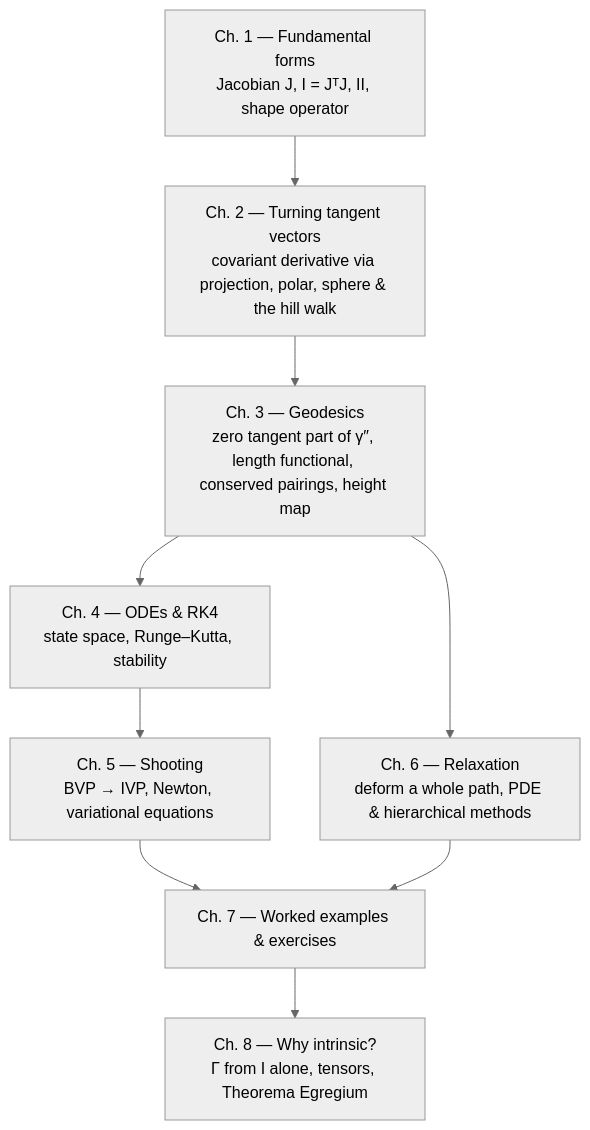
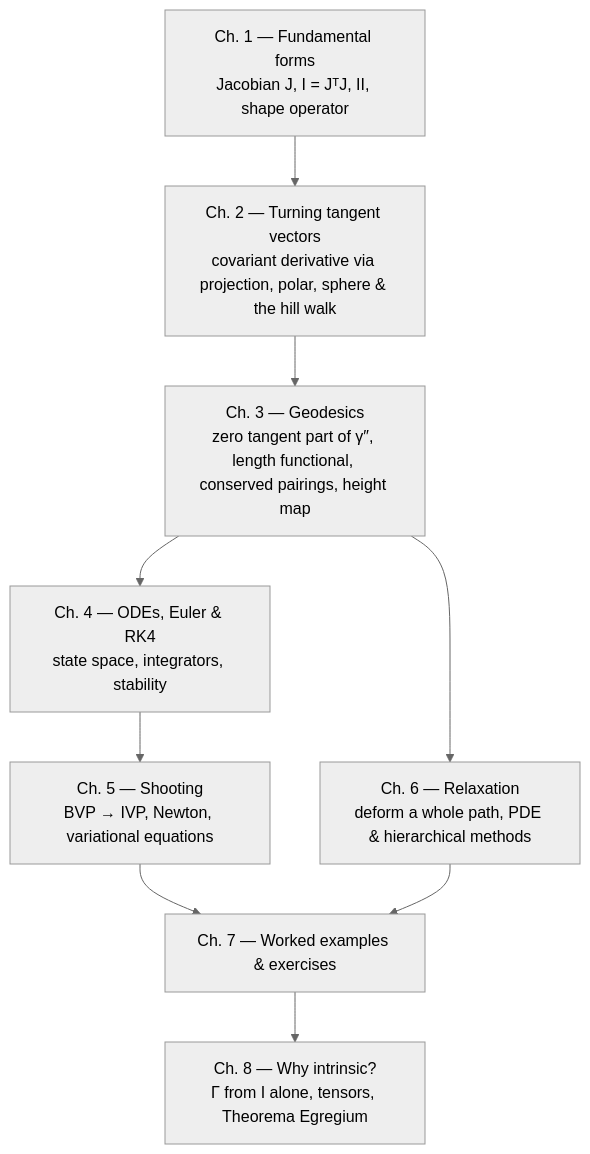
The diagram in projects/geodesia/learn-geodesia/index.md (TreeHappy/brane), drawn with Mermaid (neutral theme) before and after one commit. The commit also changed other lines of this file and 11 other files, not shown here.

````diff
--- a/projects/geodesia/learn-geodesia/index.md
+++ b/projects/geodesia/learn-geodesia/index.md
@@ -55,16 +55,16 @@
 ```mermaid
 flowchart TD
     A["Ch. 1 — Fundamental forms<br/>Jacobian J, I = JᵀJ, II, shape operator"]
     B["Ch. 2 — Turning tangent vectors<br/>covariant derivative via projection, polar, sphere & the hill walk"]
     C["Ch. 3 — Geodesics<br/>zero tangent part of γ″, length functional, conserved pairings, height map"]
-    D["Ch. 4 — ODEs & RK4<br/>state space, Runge–Kutta, stability"]
+    D["Ch. 4 — ODEs, Euler & RK4<br/>state space, integrators, stability"]
     E["Ch. 5 — Shooting<br/>BVP → IVP, Newton, variational equations"]
     F["Ch. 6 — Relaxation<br/>deform a whole path, PDE & hierarchical methods"]
     G["Ch. 7 — Worked examples & exercises"]
     H["Ch. 8 — Why intrinsic?<br/>Γ from I alone, tensors, Theorema Egregium"]
     A --> B --> C --> D --> E
     C --> F
     E --> G
     F --> G
     G --> H
 ```
````
